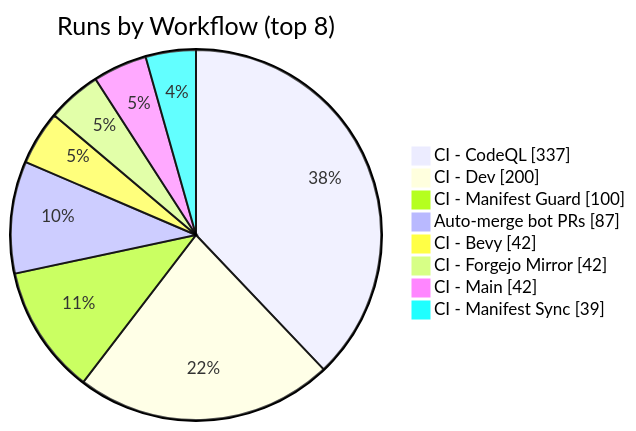
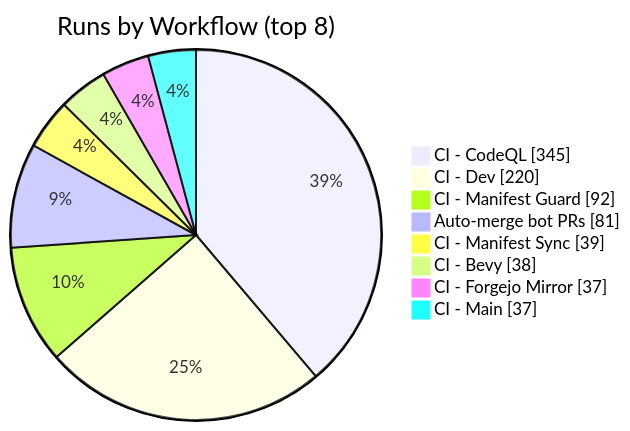
Before and after one commit to KBVE/kbve: the second of 2 diagrams in apps/kbve/astro-kbve/src/content/docs/dashboard/ci-health.mdx, drawn with Mermaid. The commit also changed other lines of this file and 1 other file, not shown here.

````diff
--- a/apps/kbve/astro-kbve/src/content/docs/dashboard/ci-health.mdx
+++ b/apps/kbve/astro-kbve/src/content/docs/dashboard/ci-health.mdx
@@ -201,12 +201,12 @@
 ```mermaid
 pie showData
     title Runs by Workflow (top 8)
-    "CI - CodeQL" : 337
-    "CI - Dev" : 200
-    "CI - Manifest Guard" : 100
-    "Auto-merge bot PRs" : 87
-    "CI - Bevy" : 42
-    "CI - Forgejo Mirror" : 42
-    "CI - Main" : 42
+    "CI - CodeQL" : 345
+    "CI - Dev" : 220
+    "CI - Manifest Guard" : 92
+    "Auto-merge bot PRs" : 81
     "CI - Manifest Sync" : 39
+    "CI - Bevy" : 38
+    "CI - Forgejo Mirror" : 37
+    "CI - Main" : 37
 ```
````
